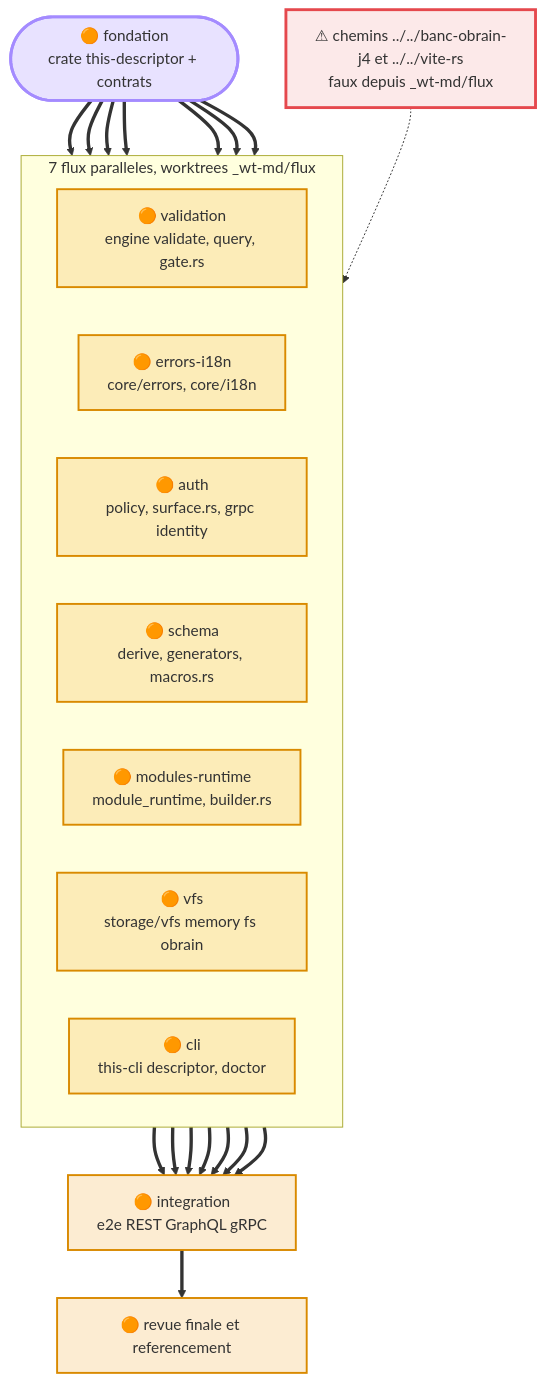
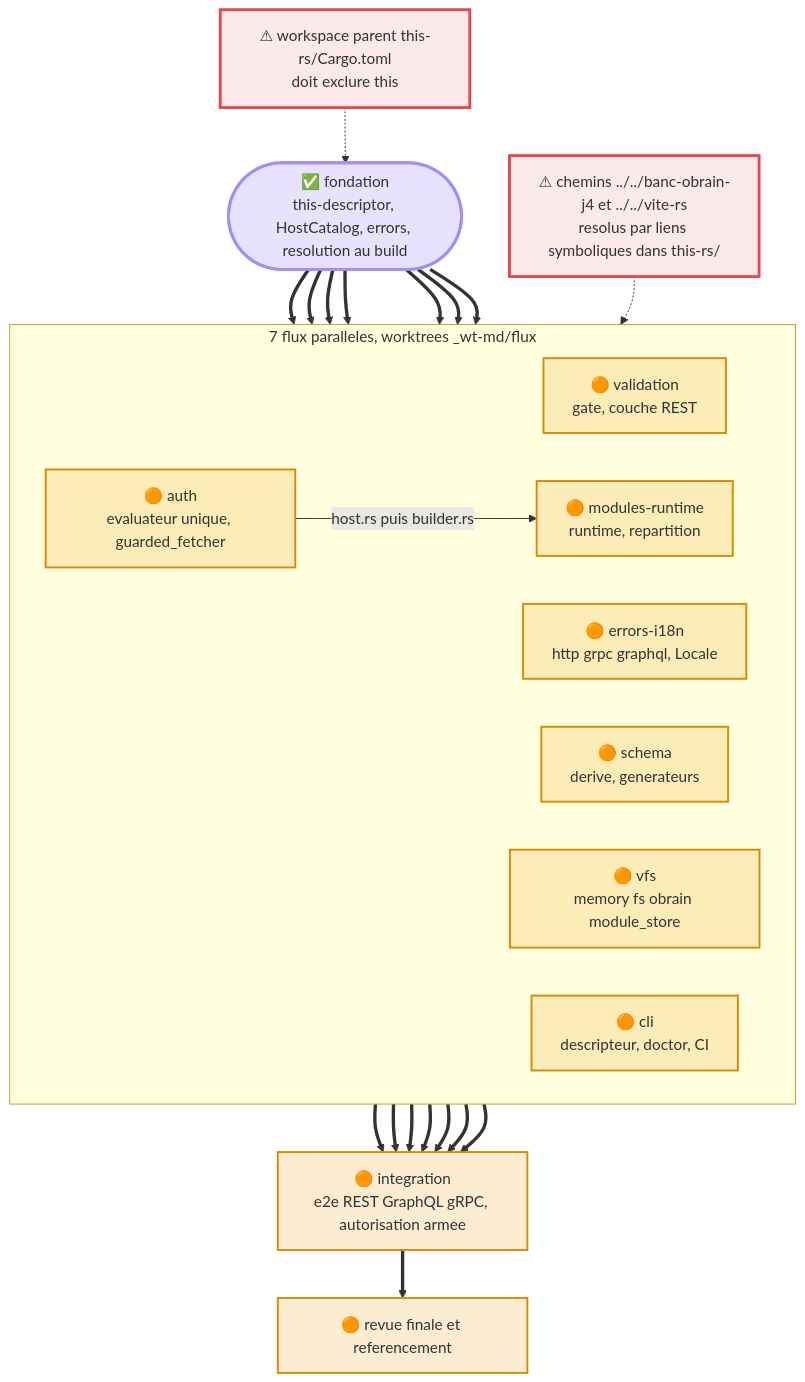
Before and after one commit to this-rs/this: the diagram in docs/atlas/module-descriptor/flux-et-dependances.mmd, drawn with Mermaid. The commit also changed 46 other files, not shown here.

```diff
--- a/docs/atlas/module-descriptor/flux-et-dependances.mmd
+++ b/docs/atlas/module-descriptor/flux-et-dependances.mmd
@@ -1,27 +1,31 @@
 flowchart TB
 %% name: module-descriptor-streams
-%% PROUVE : decoupage du plan Project Orchestrator "ModuleDescriptor — socle commun front/back" (RFC §7).
-%% Les fichiers listes sont disjoints entre flux, sauf host.rs et builder.rs touches en sequence (fondation puis un seul flux).
-%% NON ETABLI : estimation de duree des flux.
+%% PROUVE : fondation compilee et testee sur md/foundation (voir rapport du flux) ; decoupage RFC v2 §7.1.
+%% host.rs et builder.rs sont touches EN SEQUENCE : fondation, puis auth, puis modules-runtime.
+%% NON ETABLI : duree des flux.
+    classDef ok       fill:#2ea04333,stroke:#2ea043,stroke-width:2px
     classDef todo     fill:#f0a02033,stroke:#d98a00,stroke-width:2px
     classDef entry    fill:#a48bff40,stroke:#a48bff,stroke-width:3px
     classDef trap     fill:#e5484d1f,stroke:#e5484d,stroke-width:3px
 
-    F(["🟠 fondation<br/>crate this-descriptor + contrats"]):::entry
+    F(["✅ fondation<br/>this-descriptor, HostCatalog, errors, resolution au build"]):::entry
     subgraph P["7 flux paralleles, worktrees _wt-md/flux"]
         direction LR
-        V["🟠 validation<br/>engine validate, query, gate.rs"]:::todo
-        E["🟠 errors-i18n<br/>core/errors, core/i18n"]:::todo
-        A["🟠 auth<br/>policy, surface.rs, grpc identity"]:::todo
-        S["🟠 schema<br/>derive, generators, macros.rs"]:::todo
-        M["🟠 modules-runtime<br/>module_runtime, builder.rs"]:::todo
-        X["🟠 vfs<br/>storage/vfs memory fs obrain"]:::todo
-        C["🟠 cli<br/>this-cli descriptor, doctor"]:::todo
+        V["🟠 validation<br/>gate, couche REST"]:::todo
+        E["🟠 errors-i18n<br/>http grpc graphql, Locale"]:::todo
+        A["🟠 auth<br/>evaluateur unique, guarded_fetcher"]:::todo
+        S["🟠 schema<br/>derive, generateurs"]:::todo
+        M["🟠 modules-runtime<br/>runtime, repartition"]:::todo
+        X["🟠 vfs<br/>memory fs obrain module_store"]:::todo
+        C["🟠 cli<br/>descripteur, doctor, CI"]:::todo
     end
     F ==> V & E & A & S & M & X & C
-    I["🟠 integration<br/>e2e REST GraphQL gRPC"]:::todo
+    A -->|"host.rs puis builder.rs"| M
+    I["🟠 integration<br/>e2e REST GraphQL gRPC, autorisation armee"]:::todo
     V & E & A & S & M & X & C ==> I
     R["🟠 revue finale et referencement"]:::todo
     I ==> R
-    T["⚠ chemins ../../banc-obrain-j4 et ../../vite-rs<br/>faux depuis _wt-md/flux"]:::trap
+    T["⚠ chemins ../../banc-obrain-j4 et ../../vite-rs<br/>resolus par liens symboliques dans this-rs/"]:::trap
+    W["⚠ workspace parent this-rs/Cargo.toml<br/>doit exclure this"]:::trap
     T -.-> P
+    W -.-> F
```
